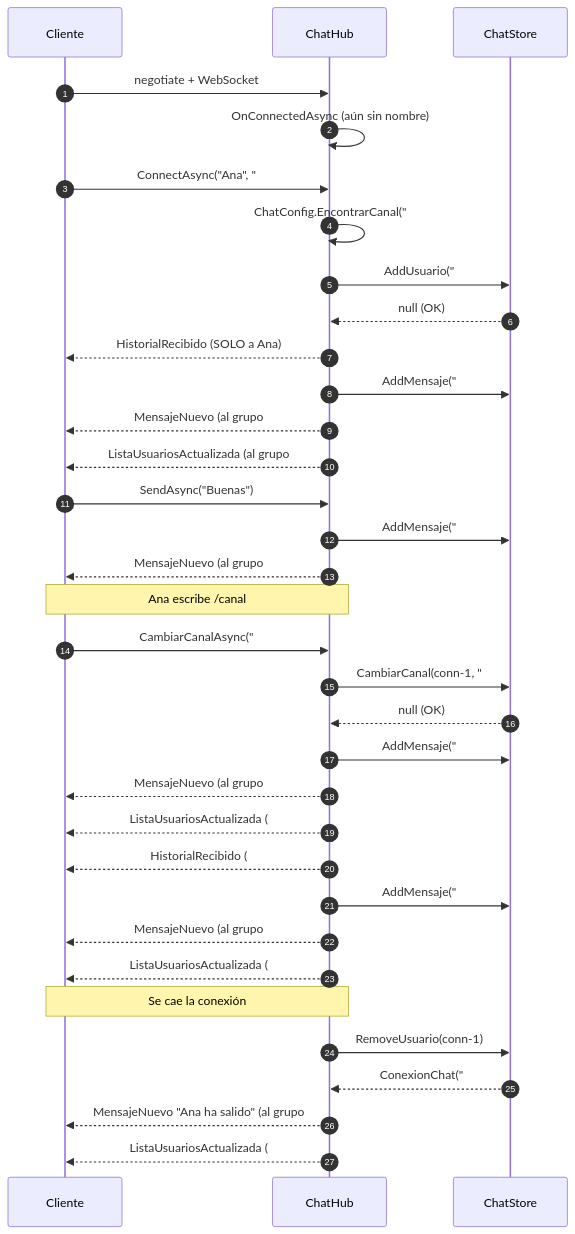
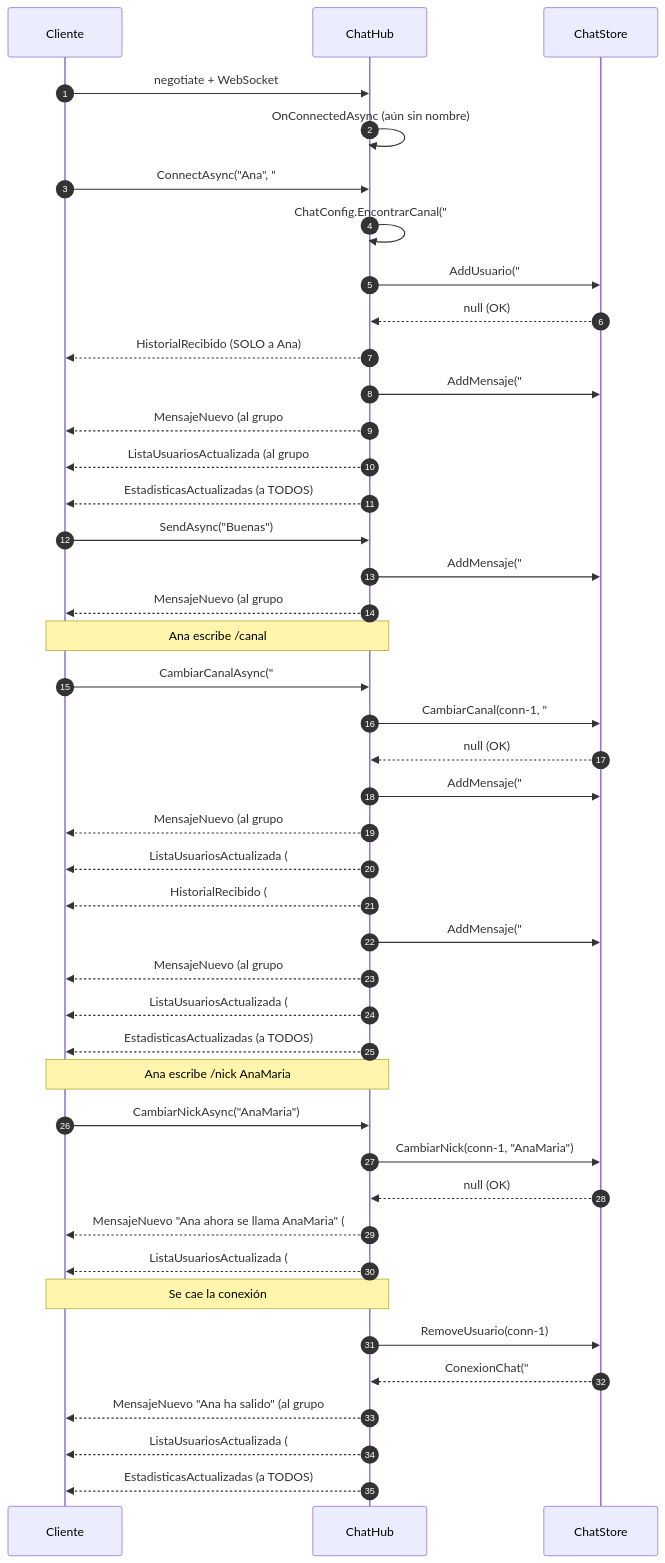
One commit to joseluisgs/AulaChatNet changed the third of 6 diagrams in docs/01-arquitectura-del-servidor.md. Above: the diagram before and after it, drawn with Mermaid. The commit also changed other lines of this file and 2 other files, not shown here.

Commit message:
docs: Fase 1 - doc del terminal, estadisticas y /usuarios en la doc del servidor, README actualizado

````diff
--- a/docs/01-arquitectura-del-servidor.md
+++ b/docs/01-arquitectura-del-servidor.md
@@ -136,43 +140,54 @@
 ```mermaid
 sequenceDiagram
     autonumber
     participant C as Cliente
     participant H as ChatHub
     participant S as ChatStore
 
     C->>H: negotiate + WebSocket
     H->>H: OnConnectedAsync (aún sin nombre)
 
     C->>H: ConnectAsync("Ana", "#daw")
     H->>H: ChatConfig.EncontrarCanal("#daw")
     H->>S: AddUsuario("#daw", "Ana", conn-1)
     S-->>H: null (OK)
     H-->>C: HistorialRecibido (SOLO a Ana)
     H->>S: AddMensaje("#daw", "Ana se ha unido")
     H-->>C: MensajeNuevo (al grupo #daw)
     H-->>C: ListaUsuariosActualizada (al grupo #daw)
+    H-->>C: EstadisticasActualizadas (a TODOS)
 
     C->>H: SendAsync("Buenas")
     H->>S: AddMensaje("#daw", mensaje)
     H-->>C: MensajeNuevo (al grupo #daw)
 
     Note over C,H: Ana escribe /canal #general
 
     C->>H: CambiarCanalAsync("#general")
     H->>S: CambiarCanal(conn-1, "#general")
     S-->>H: null (OK)
     H->>S: AddMensaje("#daw", "Ana ha salido")
     H-->>C: MensajeNuevo (al grupo #daw)
     H-->>C: ListaUsuariosActualizada (#daw)
     H-->>C: HistorialRecibido (#general, SOLO a Ana)
     H->>S: AddMensaje("#general", "Ana se ha unido")
     H-->>C: MensajeNuevo (al grupo #general)
     H-->>C: ListaUsuariosActualizada (#general)
+    H-->>C: EstadisticasActualizadas (a TODOS)
+
+    Note over C,H: Ana escribe /nick AnaMaria
+
+    C->>H: CambiarNickAsync("AnaMaria")
+    H->>S: CambiarNick(conn-1, "AnaMaria")
+    S-->>H: null (OK)
+    H-->>C: MensajeNuevo "Ana ahora se llama AnaMaria" (#general)
+    H-->>C: ListaUsuariosActualizada (#general)
 
     Note over C,H: Se cae la conexión
 
     H->>S: RemoveUsuario(conn-1)
     S-->>H: ConexionChat("#general", "Ana")
     H-->>C: MensajeNuevo "Ana ha salido" (al grupo #general)
     H-->>C: ListaUsuariosActualizada (#general)
+    H-->>C: EstadisticasActualizadas (a TODOS)
 ```
````
